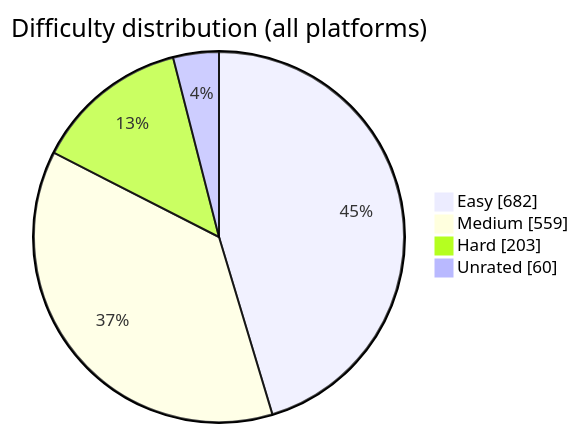
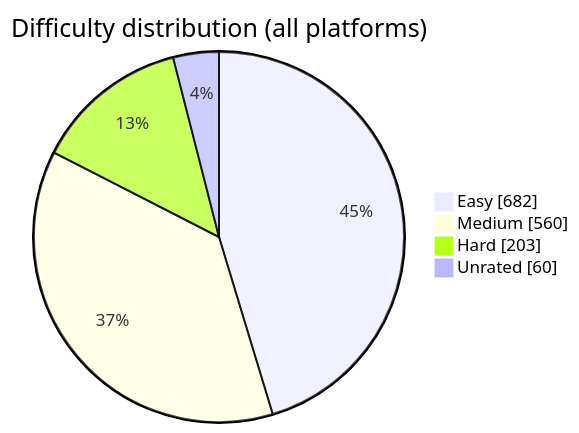
One commit to BuildbyArindam/Daily-Coding-Log changed the diagram in README.md. Above: the diagram before and after it, drawn with Mermaid. The commit also changed other lines of this file, not shown here.

````diff
--- a/README.md
+++ b/README.md
@@ -93,7 +93,7 @@
 ```mermaid
 pie showData title Difficulty distribution (all platforms)
     "Easy" : 682
-    "Medium" : 559
+    "Medium" : 560
     "Hard" : 203
     "Unrated" : 60
 ```
````
